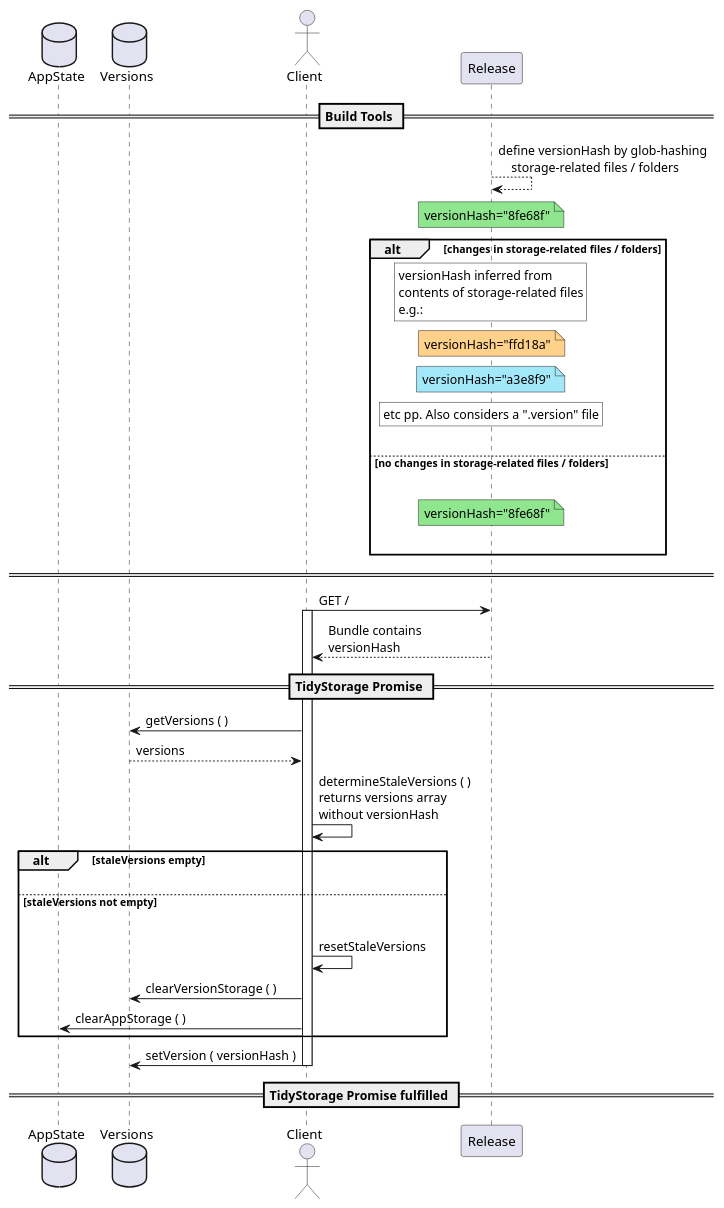
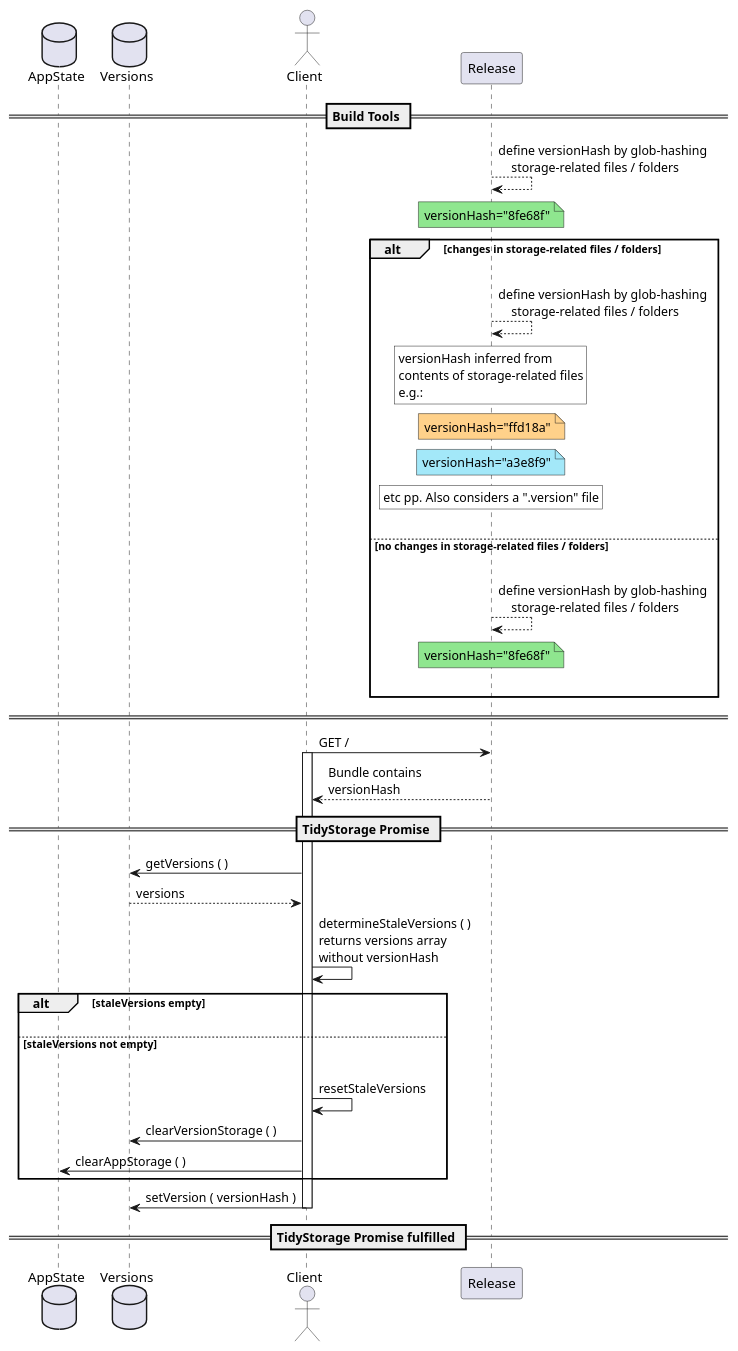
Before and after one commit to 4iAmAve/tidy-store: the diagram in flow.puml, drawn with PlantUML. The commit also changed 1 other file, not shown here.

```diff
--- a/flow.puml
+++ b/flow.puml
@@ -1,57 +1,61 @@
 @startuml
 skinparam ParticipantPadding 20
 skinparam BoxPadding 10
 database AppState
 database Versions
 actor Client
 participant Release
 
 == Build Tools ==
 
 Release --> Release: define versionHash by glob-hashing\n    storage-related files / folders
 
 note over Release #8fe68f: versionHash="8fe68f"
 
 alt changes in storage-related files / folders
+    |||
+    Release --> Release: define versionHash by glob-hashing\n    storage-related files / folders
+
     rnote over Release #fff: versionHash inferred from\ncontents of storage-related files\ne.g.:
     note over Release #ffd18a: versionHash="ffd18a"
     note over Release #a3e8f9: versionHash="a3e8f9"
     rnote over Release #fff: etc pp. Also considers a \'".version\'" file
 |||
 else no changes in storage-related files / folders
 |||
-note over Release #8fe68f: versionHash="8fe68f"
+    Release --> Release: define versionHash by glob-hashing\n    storage-related files / folders
+    note over Release #8fe68f: versionHash="8fe68f"
 |||
 end
 
 ==  ==
 
 Client -> Release: GET /
 
 activate Client
 
 Release --> Client: Bundle contains\nversionHash
 
 == TidyStorage Promise ==
 
 Client -> Versions: getVersions ( )
 Versions --> Client: versions
 
 Client -> Client: determineStaleVersions ( )\nreturns versions array\nwithout versionHash
 
 alt staleVersions empty
 |||
 else staleVersions not empty
 |||
    Client -> Client: resetStaleVersions
    Client -> Versions: clearVersionStorage ( )
    Client -> AppState: clearAppStorage ( )
 end
 
 Client -> Versions: setVersion ( versionHash )
 
 deactivate Client
 
 == TidyStorage Promise fulfilled ==
 
 @enduml
```
